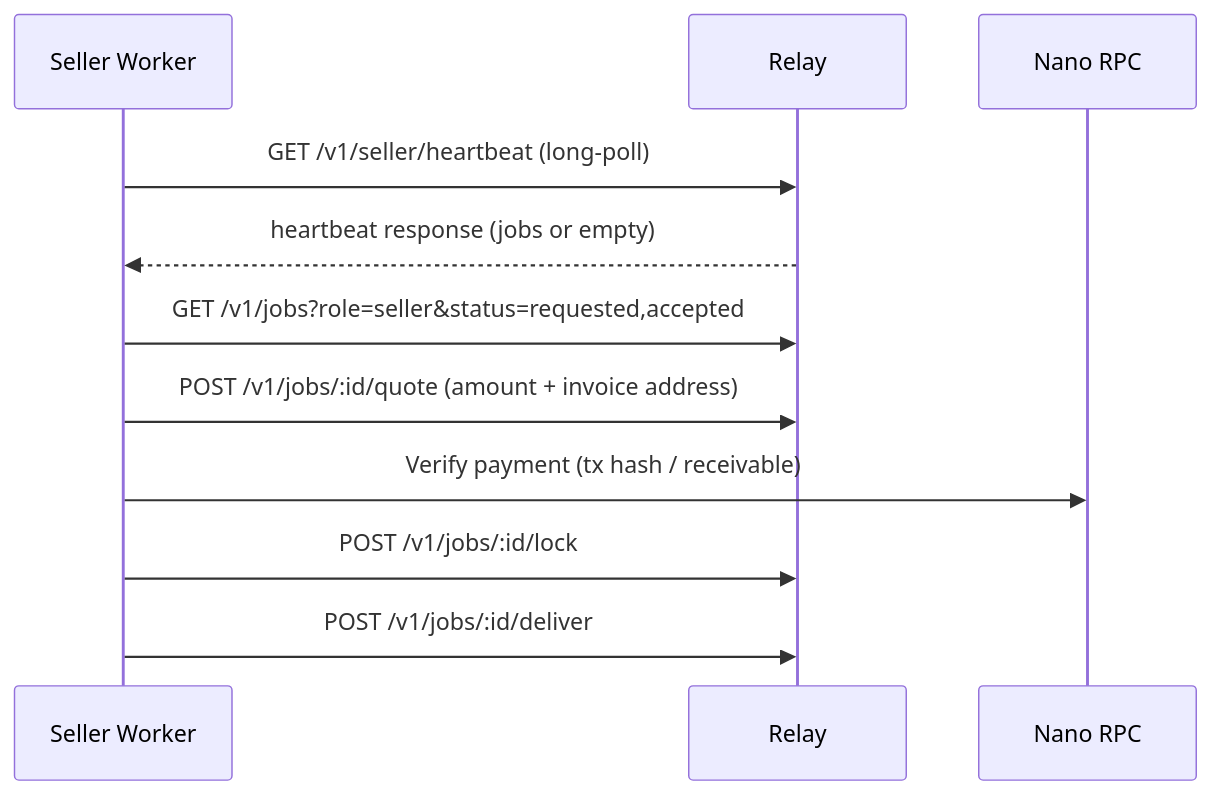
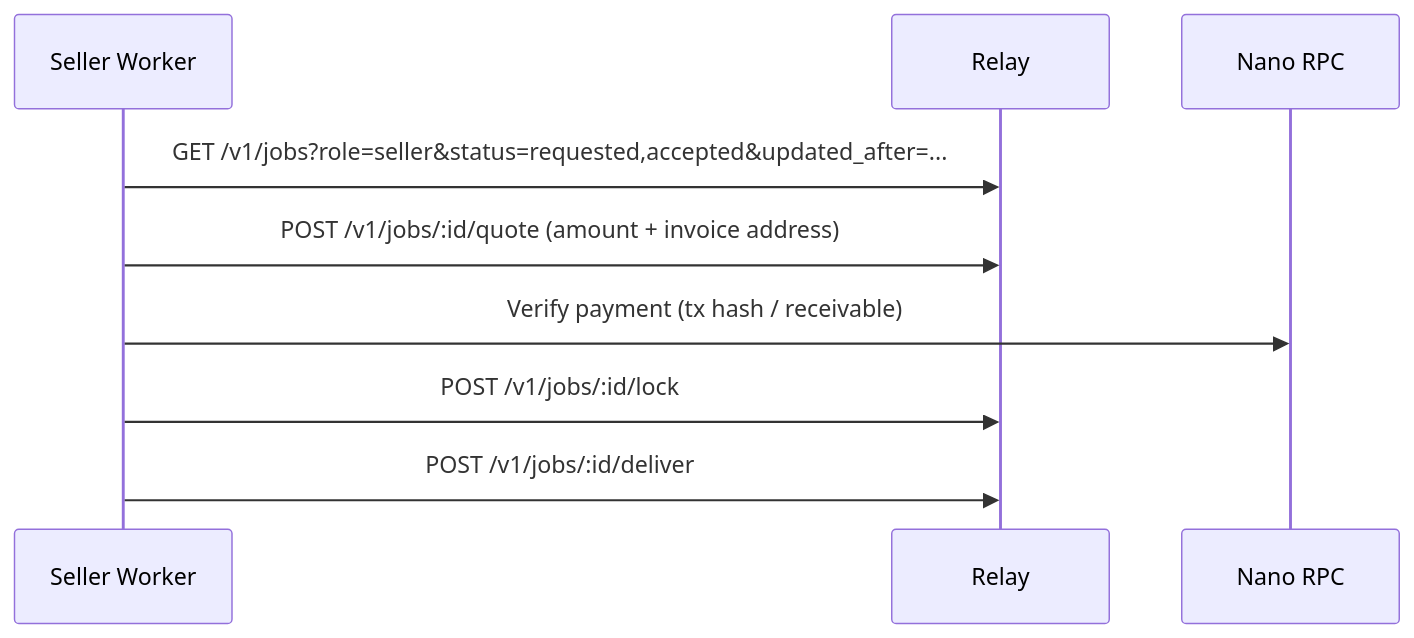
Before and after one commit to madsb/nanopay-relay: the second of 2 diagrams in spec/REMAINING_WORK.md, drawn with Mermaid. The commit also changed other lines of this file and 14 other files, not shown here.

````diff
--- a/spec/REMAINING_WORK.md
+++ b/spec/REMAINING_WORK.md
@@ -80,14 +79,12 @@
 ```mermaid
 sequenceDiagram
   participant S as Seller Worker
   participant R as Relay
   participant N as Nano RPC
 
-  S->>R: GET /v1/seller/heartbeat (long-poll)
-  R-->>S: heartbeat response (jobs or empty)
-  S->>R: GET /v1/jobs?role=seller&status=requested,accepted
+  S->>R: GET /v1/jobs?role=seller&status=requested,accepted&updated_after=...
   S->>R: POST /v1/jobs/:id/quote (amount + invoice address)
   S->>N: Verify payment (tx hash / receivable)
   S->>R: POST /v1/jobs/:id/lock
   S->>R: POST /v1/jobs/:id/deliver
 ```
````
